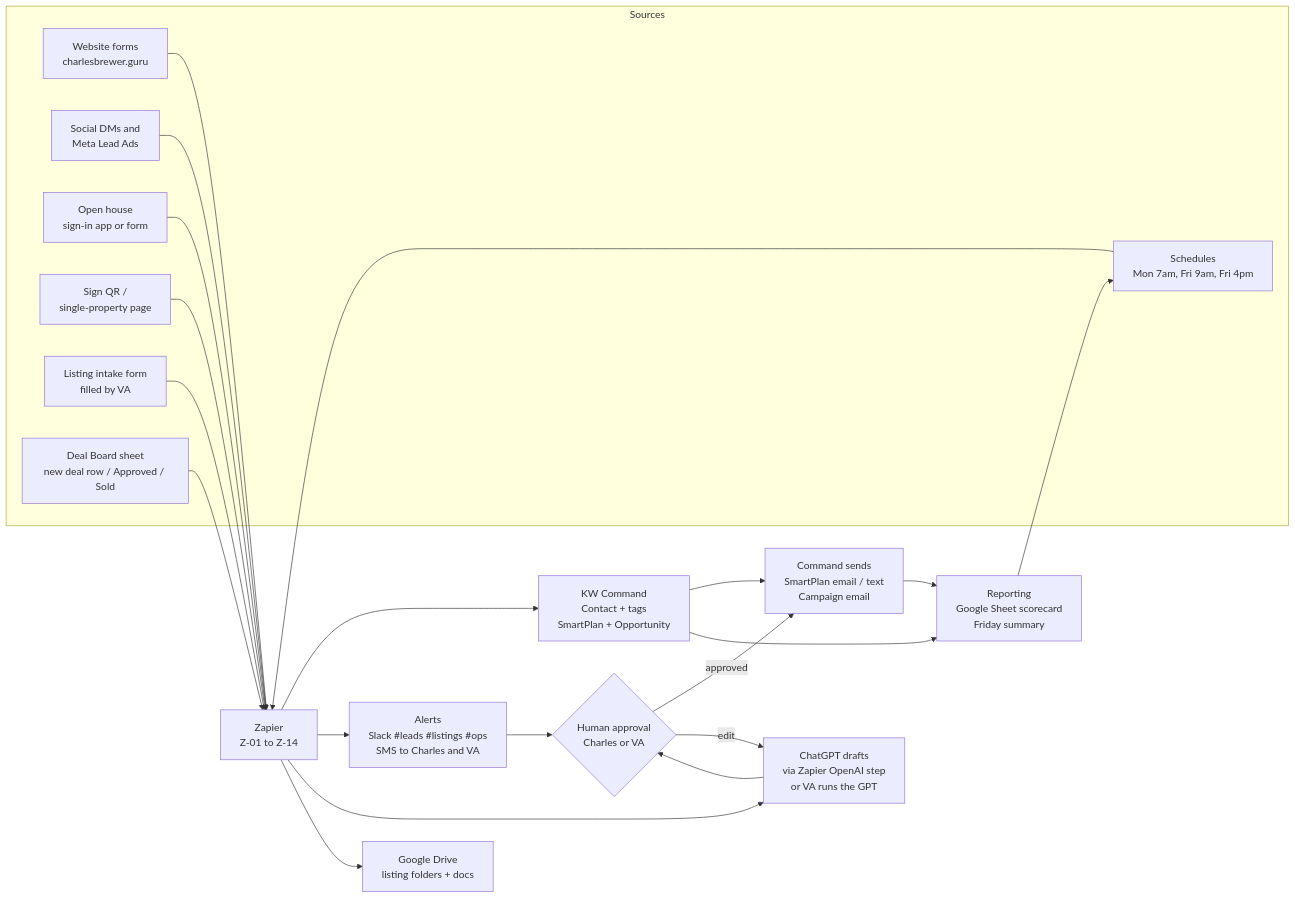
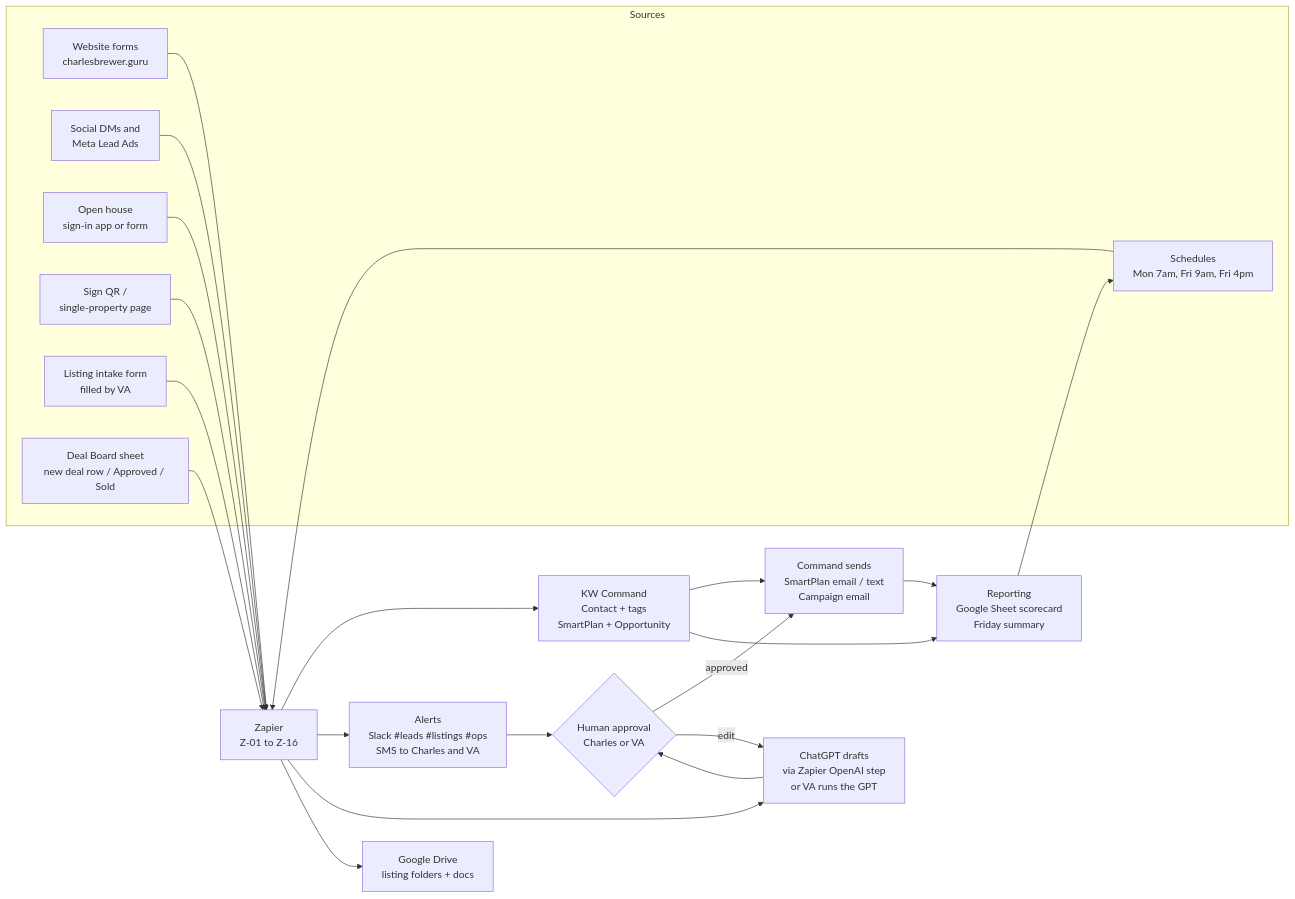
The diagram in 04-AUTOMATIONS/README.md (imarketzeweb/startinggrounds), drawn with Mermaid before and after one commit. The commit also changed other lines of this file and 13 other files, not shown here.

````diff
--- a/04-AUTOMATIONS/README.md
+++ b/04-AUTOMATIONS/README.md
@@ -24,35 +24,35 @@
 ```mermaid
 flowchart LR
     subgraph Sources
         W[Website forms<br/>charlesbrewer.guru]
         S[Social DMs and<br/>Meta Lead Ads]
         OH[Open house<br/>sign-in app or form]
         QR[Sign QR /<br/>single-property page]
         INT[Listing intake form<br/>filled by VA]
         SCH[Schedules<br/>Mon 7am, Fri 9am, Fri 4pm]
         DB[Deal Board sheet<br/>new deal row / Approved / Sold]
     end
 
-    W --> Z[Zapier<br/>Z-01 to Z-14]
+    W --> Z[Zapier<br/>Z-01 to Z-16]
     S --> Z
     OH --> Z
     QR --> Z
     INT --> Z
     SCH --> Z
     DB --> Z
 
     Z --> C[KW Command<br/>Contact + tags<br/>SmartPlan + Opportunity]
     Z --> A[Alerts<br/>Slack #leads #listings #ops<br/>SMS to Charles and VA]
     Z --> G[ChatGPT drafts<br/>via Zapier OpenAI step<br/>or VA runs the GPT]
     Z --> D[Google Drive<br/>listing folders + docs]
 
     G --> H{Human approval<br/>Charles or VA}
     A --> H
     H -->|approved| CS[Command sends<br/>SmartPlan email / text<br/>Campaign email]
     H -->|edit| G
     C --> CS
 
     CS --> R[Reporting<br/>Google Sheet scorecard<br/>Friday summary]
     C --> R
     R --> SCH
 ```
````
